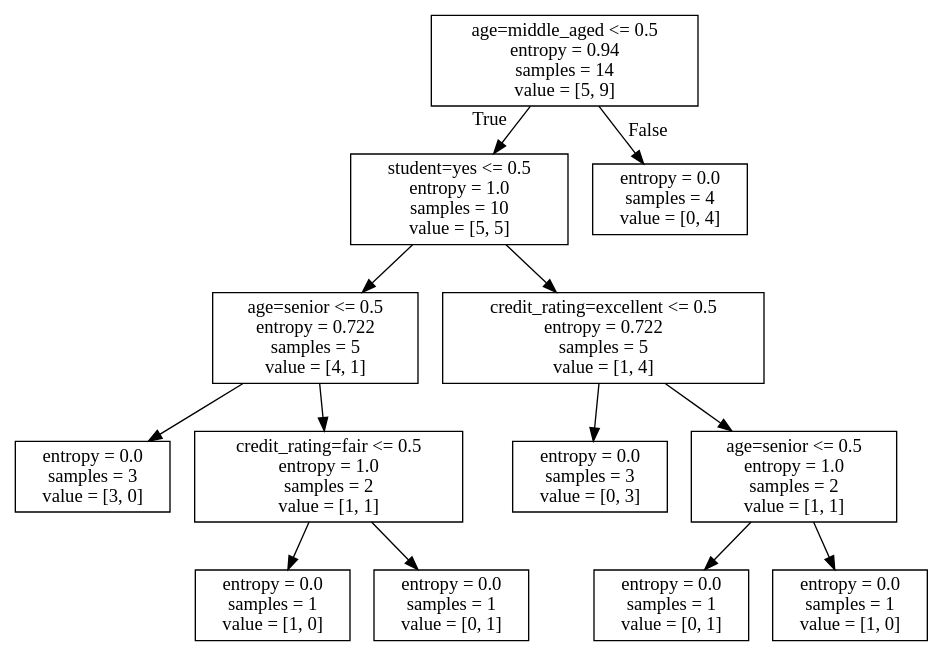
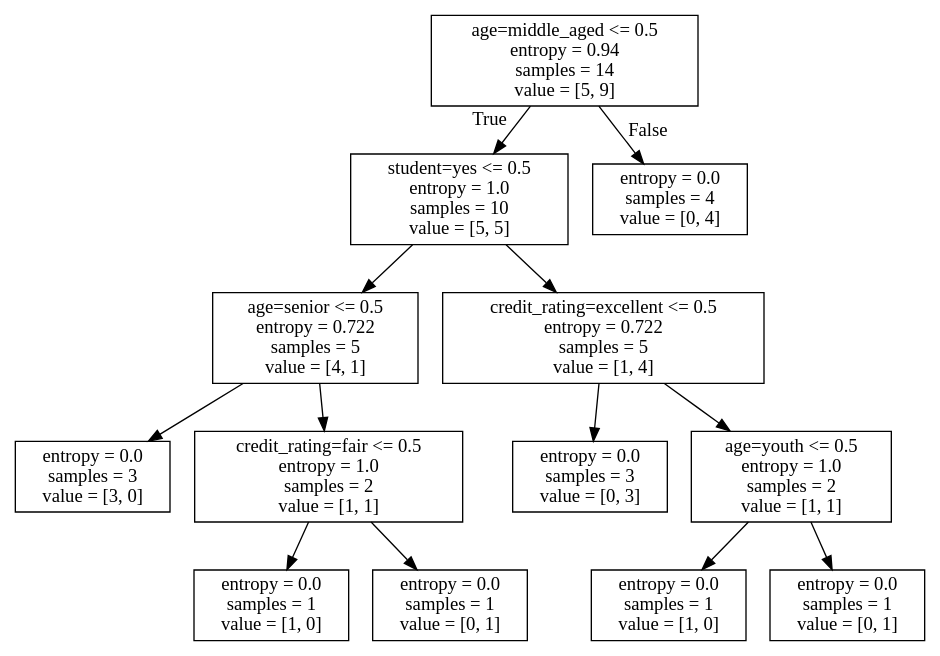
The diagram in DeepLearningBasicsMachineLearning/DecisionTree/allEleInformationGainOri.dot (zl03jsj/machine-learning-notes), drawn with Graphviz before and after one commit. The commit also changed 21 other files, not shown here.

```diff
--- a/DeepLearningBasicsMachineLearning/DecisionTree/allEleInformationGainOri.dot
+++ b/DeepLearningBasicsMachineLearning/DecisionTree/allEleInformationGainOri.dot
@@ -1,28 +1,28 @@
 digraph Tree {
 node [shape=box] ;
 0 [label="age=middle_aged <= 0.5\nentropy = 0.94\nsamples = 14\nvalue = [5, 9]"] ;
 1 [label="student=yes <= 0.5\nentropy = 1.0\nsamples = 10\nvalue = [5, 5]"] ;
 0 -> 1 [labeldistance=2.5, labelangle=45, headlabel="True"] ;
 2 [label="age=senior <= 0.5\nentropy = 0.722\nsamples = 5\nvalue = [4, 1]"] ;
 1 -> 2 ;
 3 [label="entropy = 0.0\nsamples = 3\nvalue = [3, 0]"] ;
 2 -> 3 ;
 4 [label="credit_rating=fair <= 0.5\nentropy = 1.0\nsamples = 2\nvalue = [1, 1]"] ;
 2 -> 4 ;
 5 [label="entropy = 0.0\nsamples = 1\nvalue = [1, 0]"] ;
 4 -> 5 ;
 6 [label="entropy = 0.0\nsamples = 1\nvalue = [0, 1]"] ;
 4 -> 6 ;
 7 [label="credit_rating=excellent <= 0.5\nentropy = 0.722\nsamples = 5\nvalue = [1, 4]"] ;
 1 -> 7 ;
 8 [label="entropy = 0.0\nsamples = 3\nvalue = [0, 3]"] ;
 7 -> 8 ;
-9 [label="age=senior <= 0.5\nentropy = 1.0\nsamples = 2\nvalue = [1, 1]"] ;
+9 [label="age=youth <= 0.5\nentropy = 1.0\nsamples = 2\nvalue = [1, 1]"] ;
 7 -> 9 ;
-10 [label="entropy = 0.0\nsamples = 1\nvalue = [0, 1]"] ;
+10 [label="entropy = 0.0\nsamples = 1\nvalue = [1, 0]"] ;
 9 -> 10 ;
-11 [label="entropy = 0.0\nsamples = 1\nvalue = [1, 0]"] ;
+11 [label="entropy = 0.0\nsamples = 1\nvalue = [0, 1]"] ;
 9 -> 11 ;
 12 [label="entropy = 0.0\nsamples = 4\nvalue = [0, 4]"] ;
 0 -> 12 [labeldistance=2.5, labelangle=-45, headlabel="False"] ;
 }
```
